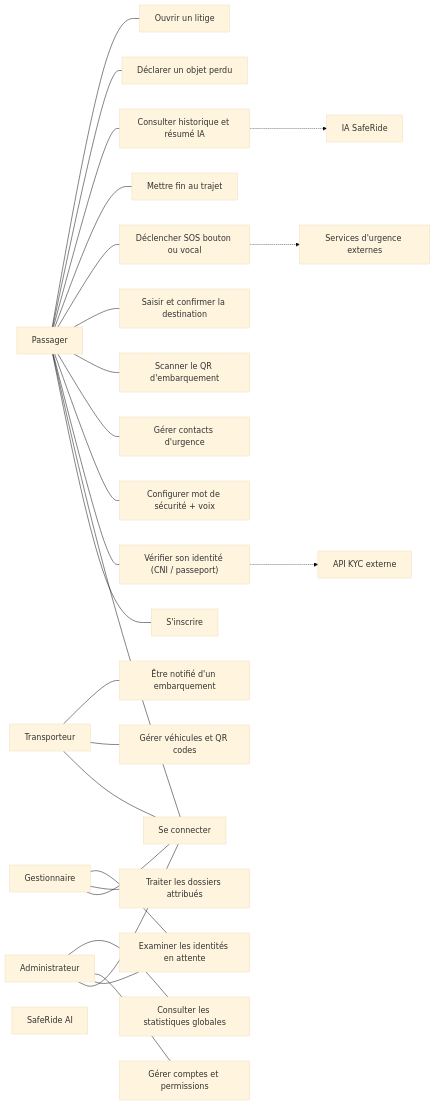
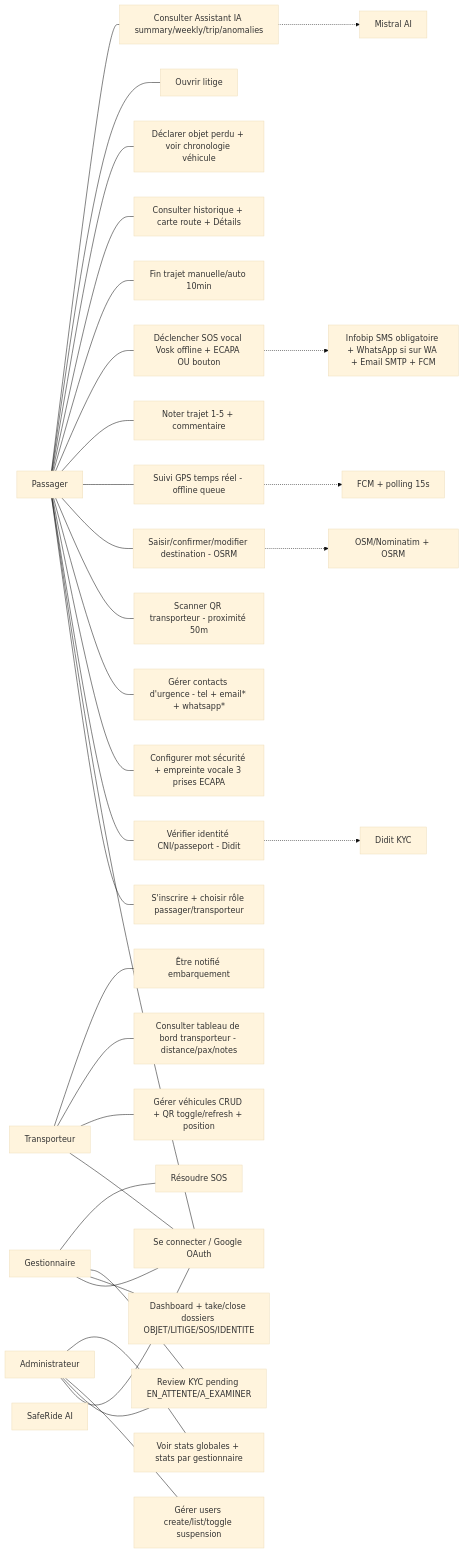
One commit to NGUEFACK22/SafeRide changed the first of 11 diagrams in docs/diagrammes_UML_complets.md. Above: the diagram before and after it, drawn with Mermaid (base theme). The commit also changed other lines of this file, not shown here.

Commit message:
docs: diagramme cas d'utilisation concorde au code actuel (23 UC, 4 roles, 70 routes)

````diff
--- a/docs/diagrammes_UML_complets.md
+++ b/docs/diagrammes_UML_complets.md
@@ -22,57 +24,69 @@
 ```mermaid
 flowchart LR
   P[Passager]
   T[Transporteur]
   G[Gestionnaire]
   A[Administrateur]
   SYS[SafeRide AI]
 
-  U1[S'inscrire]
-  U2[Se connecter]
-  U3["Vérifier son identité (CNI / passeport)"]
-  U4[Configurer mot de sécurité + voix]
-  U5[Gérer contacts d'urgence]
-  U6[Scanner le QR d'embarquement]
-  U7[Saisir et confirmer la destination]
-  U8[Déclencher SOS bouton ou vocal]
-  U9[Mettre fin au trajet]
-  U10[Consulter historique et résumé IA]
-  U11[Déclarer un objet perdu]
-  U12[Ouvrir un litige]
-  U13[Gérer véhicules et QR codes]
-  U14[Être notifié d'un embarquement]
-  U15[Traiter les dossiers attribués]
-  U16[Examiner les identités en attente]
-  U17[Gérer comptes et permissions]
-  U18[Consulter les statistiques globales]
+  U1[S'inscrire + choisir rôle passager/transporteur]
+  U2[Se connecter / Google OAuth]
+  U3[Vérifier identité CNI/passeport - Didit]
+  U4[Configurer mot sécurité + empreinte vocale 3 prises ECAPA]
+  U5[Gérer contacts d'urgence - tel + email* + whatsapp*]
+  U6[Scanner QR transporteur - proximité 50m]
+  U7[Saisir/confirmer/modifier destination - OSRM]
+  U8[Suivi GPS temps réel - offline queue]
+  U9[Noter trajet 1-5 + commentaire]
+  U10[Déclencher SOS vocal Vosk offline + ECAPA OU bouton]
+  U11[Fin trajet manuelle/auto 10min]
+  U12[Consulter historique + carte route + Détails]
+  U13[Déclarer objet perdu + voir chronologie véhicule]
+  U14[Ouvrir litige]
+  U15[Consulter Assistant IA summary/weekly/trip/anomalies]
+  U16[Gérer véhicules CRUD + QR toggle/refresh + position]
+  U17[Consulter tableau de bord transporteur - distance/pax/notes]
+  U18[Être notifié embarquement]
+  U19[Dashboard + take/close dossiers OBJET/LITIGE/SOS/IDENTITE]
+  U20[Review KYC pending EN_ATTENTE/A_EXAMINER]
+  U21[Résoudre SOS]
+  U22[Gérer users create/list/toggle suspension]
+  U23[Voir stats globales + stats par gestionnaire]
 
   P --- U1
   P --- U2
   P --- U3
   P --- U4
   P --- U5
   P --- U6
   P --- U7
   P --- U8
   P --- U9
   P --- U10
   P --- U11
   P --- U12
+  P --- U13
+  P --- U14
+  P --- U15
 
   T --- U2
-  T --- U13
-  T --- U14
+  T --- U16
+  T --- U17
+  T --- U18
 
   G --- U2
-  G --- U15
-  G --- U16
+  G --- U19
+  G --- U20
+  G --- U21
 
   A --- U2
-  A --- U16
-  A --- U17
-  A --- U18
+  A --- U20
+  A --- U22
+  A --- U23
 
-  U3 ..-> KYC[API KYC externe]
-  U10 ..-> IA1[IA SafeRide]
-  U8 ..-> URG[Services d'urgence externes]
+  U3 ..-> KYC[Didit KYC]
+  U10 ..-> WA[Infobip SMS obligatoire + WhatsApp si sur WA + Email SMTP + FCM]
+  U15 ..-> IA[Mistral AI]
+  U7 ..-> MAP[OSM/Nominatim + OSRM]
+  U8 ..-> PUSH[FCM + polling 15s]
 ```
````
